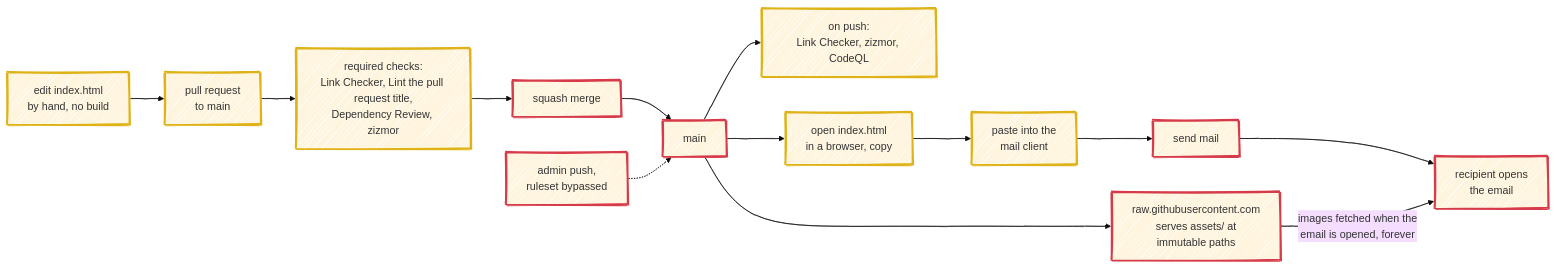
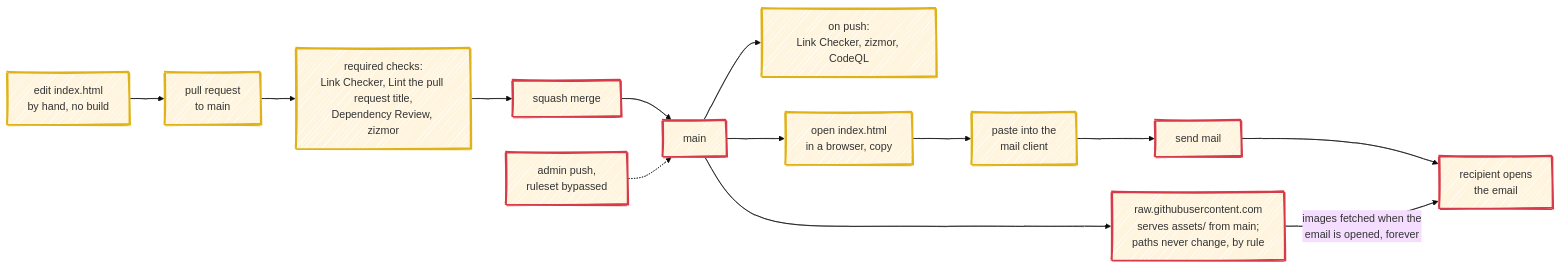
Before and after one commit to fbuireu/email-signature: the first of 3 diagrams in ARCHITECTURE.md, drawn with Mermaid (base theme). The commit also changed 1 other file, not shown here.

Commit message:
docs: reinstall the Signature only from a merged fix
The install loop in the README went from a fix straight back to opening
index.html, while its own first step and ARCHITECTURE.md say to install
from main only: an Icon is served only once it is there. The loop and
the rule about the client's editor now pass through a merge to main.

The delivery-path diagram also stops calling the asset paths immutable,
as if raw enforced it. They never change because ADR 0002 says so, and
nothing in the tree checks it.

````diff
--- a/ARCHITECTURE.md
+++ b/ARCHITECTURE.md
@@ -28,25 +28,25 @@
 ```mermaid
 ---
 config:
   look: handDrawn
   layout: dagre
 ---
 flowchart LR
     edit["edit index.html<br/>by hand, no build"] --> pr["pull request<br/>to main"]
     pr --> checks["required checks:<br/>Link Checker, Lint the pull request title,<br/>Dependency Review, zizmor"]
     checks --> merge["squash merge"]
     merge --> main["main"]
     admin["admin push,<br/>ruleset bypassed"] -.-> main
     main --> onpush["on push:<br/>Link Checker, zizmor, CodeQL"]
-    main --> raw["raw.githubusercontent.com<br/>serves assets/ at<br/>immutable paths"]
+    main --> raw["raw.githubusercontent.com<br/>serves assets/ from main;<br/>paths never change, by rule"]
     main --> copy["open index.html<br/>in a browser, copy"]
     copy --> paste["paste into the<br/>mail client"]
     paste --> send["send mail"]
     send --> inbox["recipient opens<br/>the email"]
     raw -->|"images fetched when the<br/>email is opened, forever"| inbox
 
     classDef frozen stroke:#d73a49,stroke-width:3px
     classDef free stroke:#dfb317,stroke-width:3px
     class merge,admin,main,raw,send,inbox frozen
     class edit,pr,checks,onpush,copy,paste free
 ```
````
